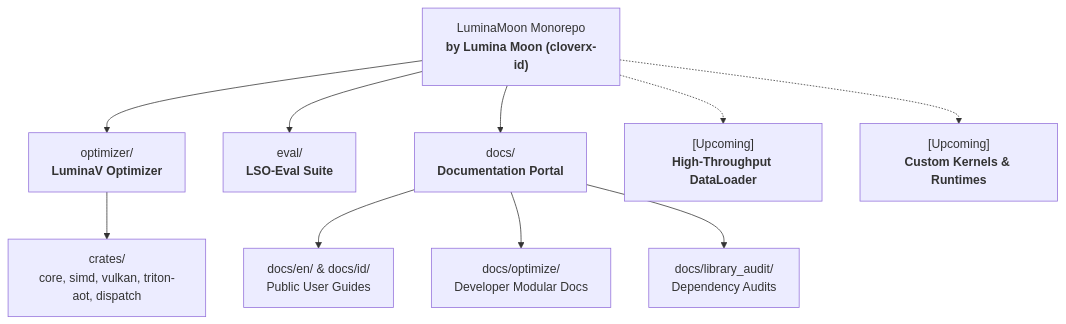
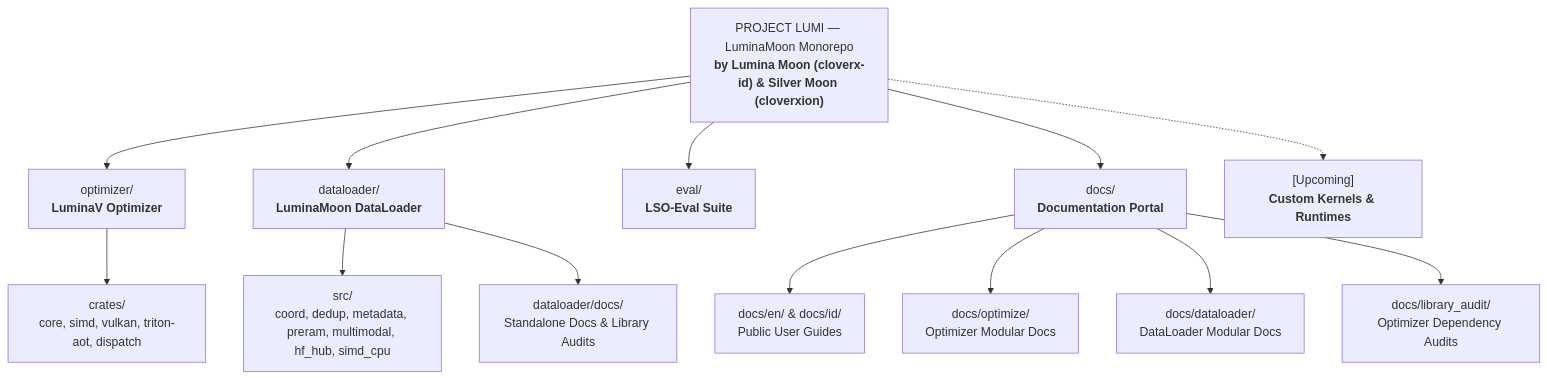
Before and after one commit to cloverx-id/luminamoon: the diagram in README.md, drawn with Mermaid. The commit also changed other lines of this file and 41 other files, not shown here.

Commit message:
docs: update monorepo architecture and bilingual guides

````diff
--- a/README.md
+++ b/README.md
@@ -9,14 +11,17 @@
 ```mermaid
-graph TD
-    Root["LuminaMoon Monorepo<br/><b>by Lumina Moon (cloverx-id)</b>"]
+flowchart TD
+    Root["PROJECT LUMI — LuminaMoon Monorepo<br/><b>by Lumina Moon (cloverx-id) & Silver Moon (cloverxion)</b>"]
     Root --> Opt["optimizer/<br/><b>LuminaV Optimizer</b>"]
+    Root --> Data["dataloader/<br/><b>LuminaMoon DataLoader</b>"]
     Root --> Eval["eval/<br/><b>LSO-Eval Suite</b>"]
     Root --> Docs["docs/<br/><b>Documentation Portal</b>"]
-    Root -.-> Data["[Upcoming]<br/><b>High-Throughput DataLoader</b>"]
     Root -.-> Ext["[Upcoming]<br/><b>Custom Kernels & Runtimes</b>"]
 
     Opt --> OptCrates["crates/<br/>core, simd, vulkan, triton-aot, dispatch"]
+    Data --> DataModules["src/<br/>coord, dedup, metadata, preram, multimodal, hf_hub, simd_cpu"]
+    Data --> DataDocs["dataloader/docs/<br/>Standalone Docs & Library Audits"]
     Docs --> DocsPub["docs/en/ & docs/id/<br/>Public User Guides"]
-    Docs --> DocsDev["docs/optimize/<br/>Developer Modular Docs"]
-    Docs --> DocsAudit["docs/library_audit/<br/>Dependency Audits"]
+    Docs --> DocsOpt["docs/optimize/<br/>Optimizer Modular Docs"]
+    Docs --> DocsData["docs/dataloader/<br/>DataLoader Modular Docs"]
+    Docs --> DocsAudit["docs/library_audit/<br/>Optimizer Dependency Audits"]
 ```
````
